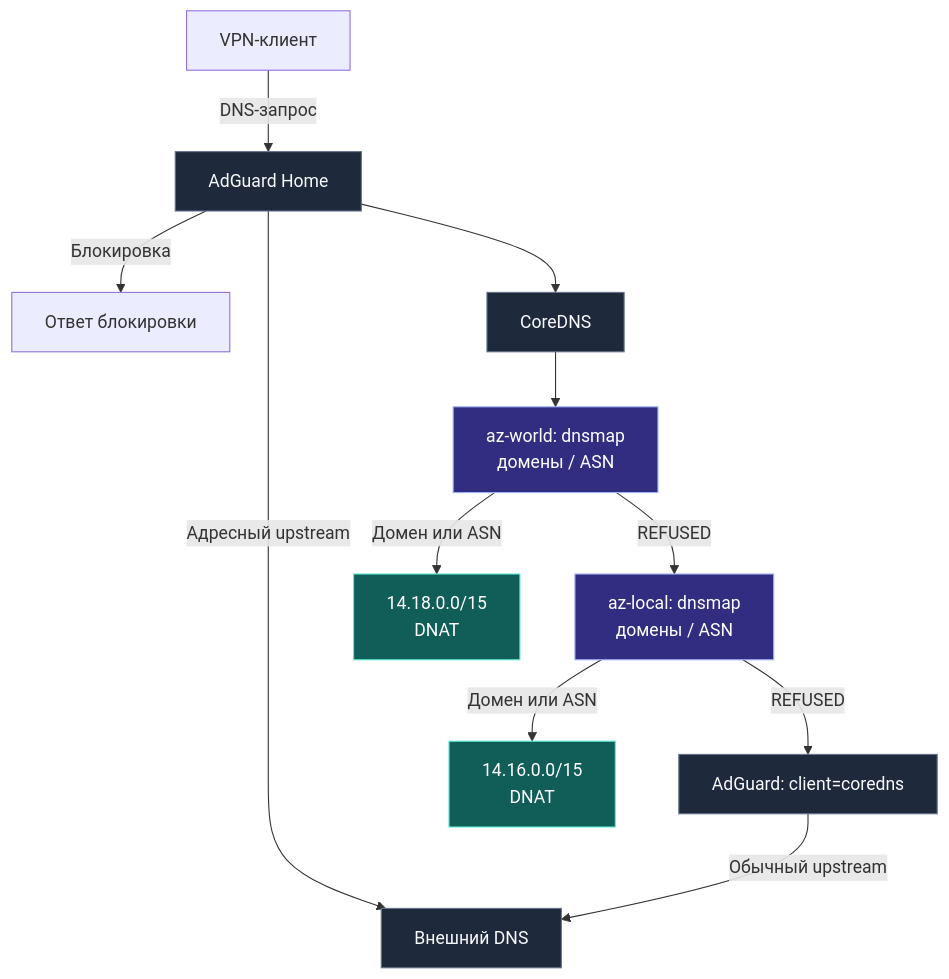
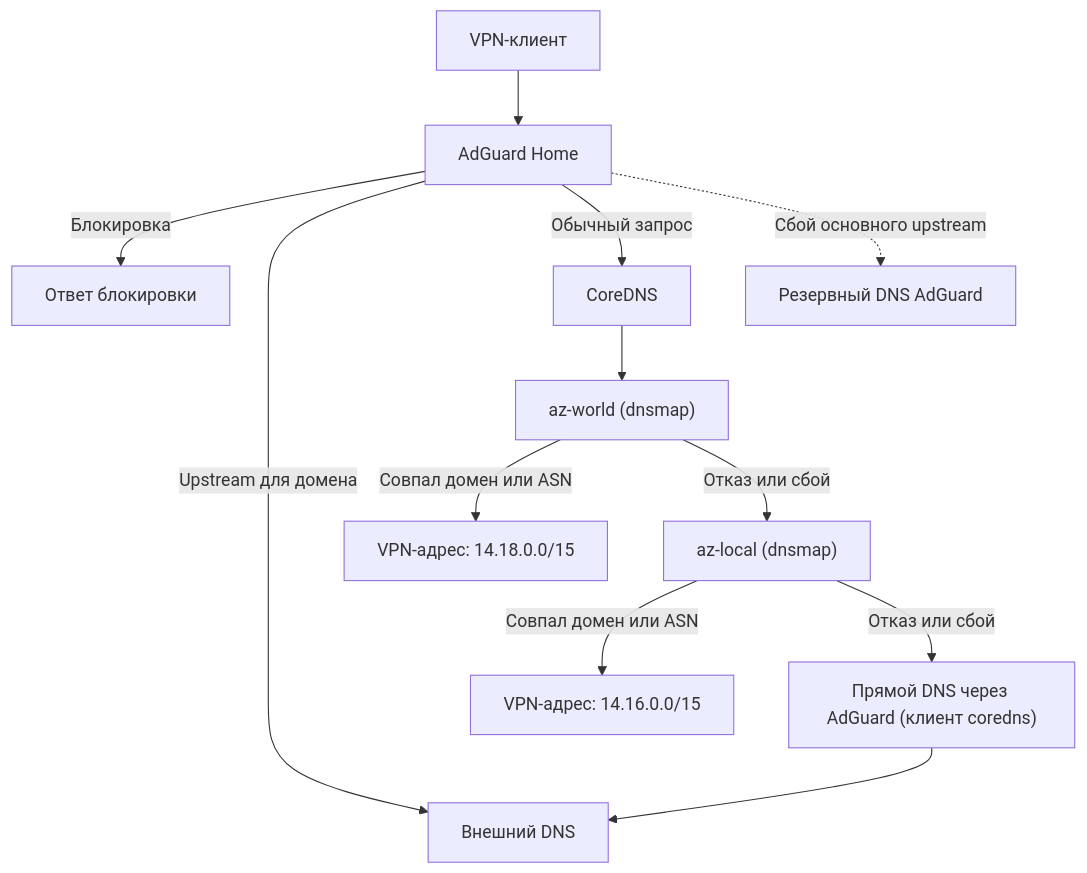
One commit to xtrime-ru/antizapret-vpn-docker changed the first of 3 diagrams in README_RU.md. Above: the diagram before and after it, drawn with Mermaid. The commit also changed other lines of this file and 1 other file, not shown here.

````diff
--- a/README_RU.md
+++ b/README_RU.md
@@ -785,21 +784,14 @@
 ```mermaid
 flowchart TB
-    client["VPN-клиент"] -->|DNS-запрос| adguard["AdGuard Home"]
-    adguard -->|Блокировка| deny["Ответ блокировки"]
-    adguard -->|Адресный upstream| external["Внешний DNS"]
-    adguard --> core["CoreDNS"]
-    core --> world
-    world["az-world: dnsmap<br/>домены / ASN"]
-    world -->|Домен или ASN| worldip["14.18.0.0/15<br/>DNAT"]
-    world -->|REFUSED| local
-    local["az-local: dnsmap<br/>домены / ASN"]
-    local -->|Домен или ASN| localip["14.16.0.0/15<br/>DNAT"]
-    local -->|REFUSED| retry["AdGuard: client=coredns"]
-    retry -->|Обычный upstream| external
-    classDef service fill:#1e293b,stroke:#64748b,color:#f8fafc
-    classDef exit fill:#312e81,stroke:#a5b4fc,color:#ffffff
-    classDef mapped fill:#115e59,stroke:#5eead4,color:#ffffff
-    class adguard,core,retry,external service
-    class local,world exit
-    class localip,worldip mapped
+    client["VPN-клиент"] --> adguard["AdGuard Home"]
+    adguard -->|Блокировка| blocked["Ответ блокировки"]
+    adguard -->|Upstream для домена| external["Внешний DNS"]
+    adguard -->|Обычный запрос| core["CoreDNS"]
+    core --> world["az-world (dnsmap)"]
+    world -->|Совпал домен или ASN| world_ip["VPN-адрес: 14.18.0.0/15"]
+    world -->|Отказ или сбой| local_exit["az-local (dnsmap)"]
+    local_exit -->|Совпал домен или ASN| local_ip["VPN-адрес: 14.16.0.0/15"]
+    local_exit -->|Отказ или сбой| direct_dns["Прямой DNS через AdGuard (клиент coredns)"]
+    direct_dns --> external
+    adguard -.->|Сбой основного upstream| fallback_dns["Резервный DNS AdGuard"]
 ```
````
